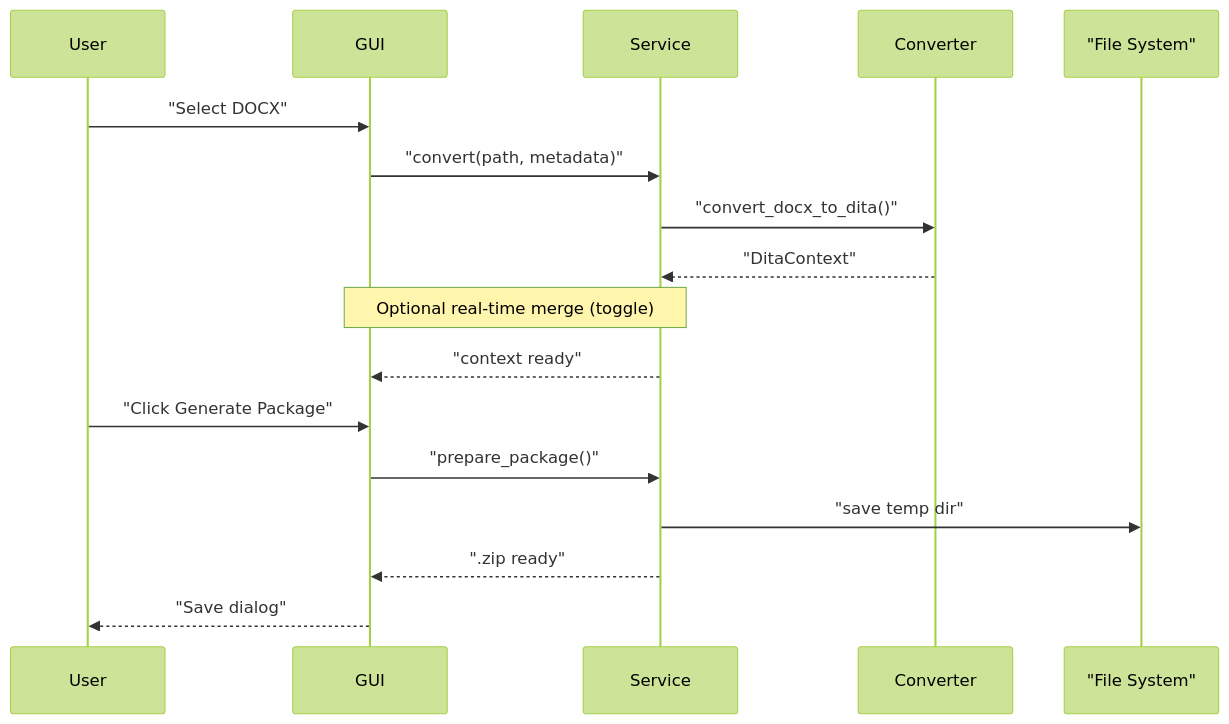
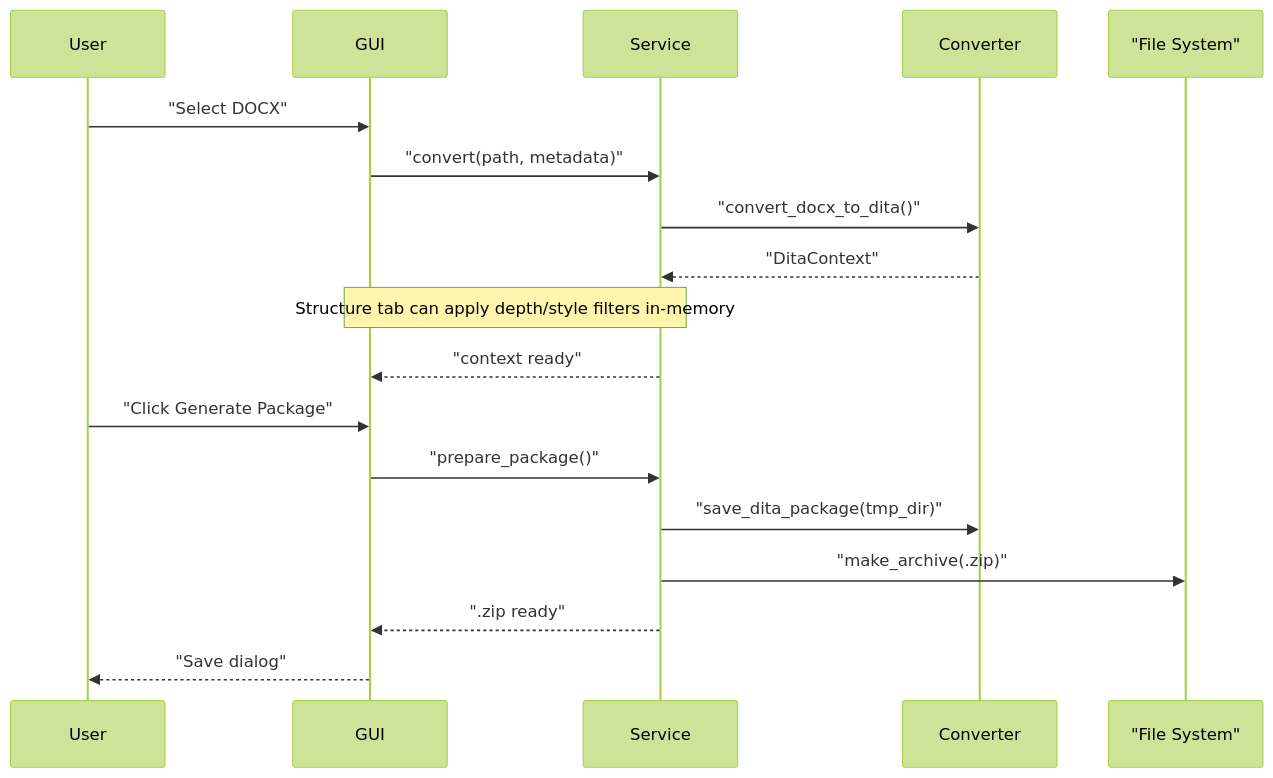
One commit to Orsso/orlando-toolkit changed the diagram in docs/runtime_flow.md. Above: the diagram before and after it, drawn with Mermaid (forest theme). The commit also changed 11 other files, not shown here.

````diff
--- a/docs/runtime_flow.md
+++ b/docs/runtime_flow.md
@@ -3,20 +3,21 @@
 ```mermaid
 sequenceDiagram
     participant User
     participant GUI
     participant Service
     participant Converter
     participant FS as "File System"
 
     User->>GUI: "Select DOCX"
     GUI->>Service: "convert(path, metadata)"
     Service->>Converter: "convert_docx_to_dita()"
     Converter-->>Service: "DitaContext"
-    Note over GUI,Service: Optional real-time merge (toggle)
+    Note over GUI,Service: Structure tab can apply depth/style filters in-memory
     Service-->>GUI: "context ready"
     User->>GUI: "Click Generate Package"
     GUI->>Service: "prepare_package()"
-    Service->>FS: "save temp dir"
+    Service->>Converter: "save_dita_package(tmp_dir)"
+    Service->>FS: "make_archive(.zip)"
     Service-->>GUI: ".zip ready"
     GUI-->>User: "Save dialog"
 ```
````
